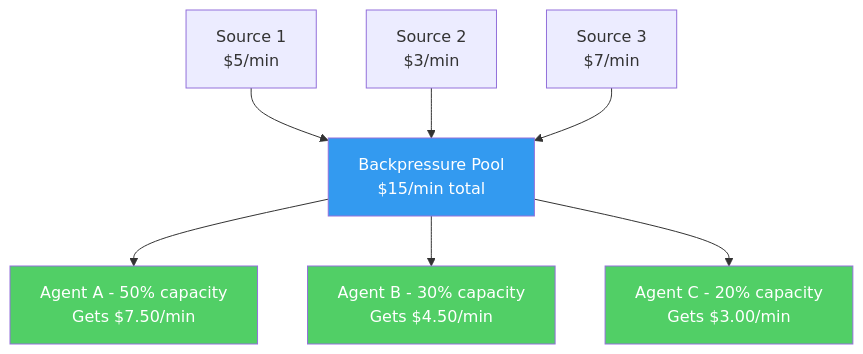
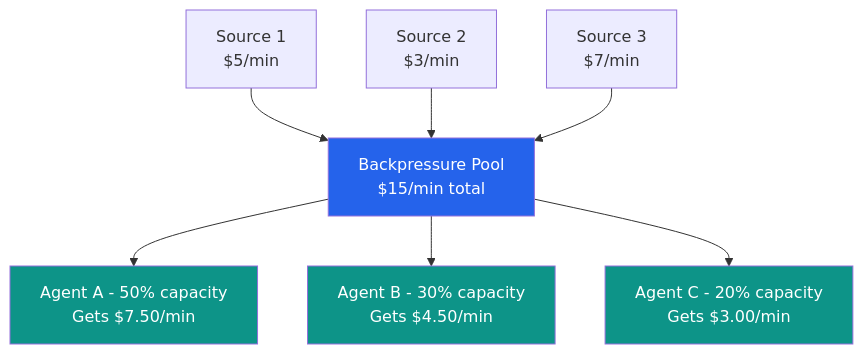
Before and after one commit to backproto/backproto: the seventh of 16 diagrams in website/explainer.md, drawn with Mermaid. The commit also changed other lines of this file and 7 other files, not shown here.

First line of the commit message:
refactor(explainer): modernize diagrams and polish text

````diff
--- a/website/explainer.md
+++ b/website/explainer.md
@@ -209,19 +208,19 @@
 ```mermaid
 graph TB
     P1[Source 1<br/>$5/min] --> Pool
     P2[Source 2<br/>$3/min] --> Pool
     P3[Source 3<br/>$7/min] --> Pool
 
     Pool["Backpressure Pool<br/>$15/min total"] --> S1
     Pool --> S2
     Pool --> S3
 
     S1["Agent A - 50% capacity<br/>Gets $7.50/min"]
     S2["Agent B - 30% capacity<br/>Gets $4.50/min"]
     S3["Agent C - 20% capacity<br/>Gets $3.00/min"]
 
-    style Pool fill:#339af0,color:#fff
-    style S1 fill:#51cf66,color:#fff
-    style S2 fill:#51cf66,color:#fff
-    style S3 fill:#51cf66,color:#fff
+    style Pool fill:#2563eb,color:#fff
+    style S1 fill:#0d9488,color:#fff
+    style S2 fill:#0d9488,color:#fff
+    style S3 fill:#0d9488,color:#fff
 ```
````
